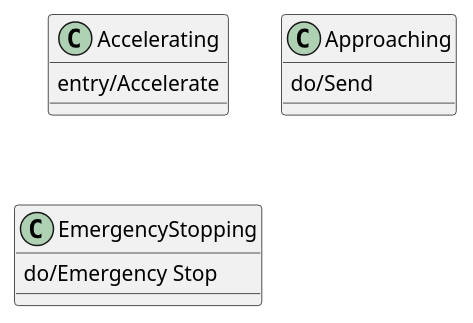
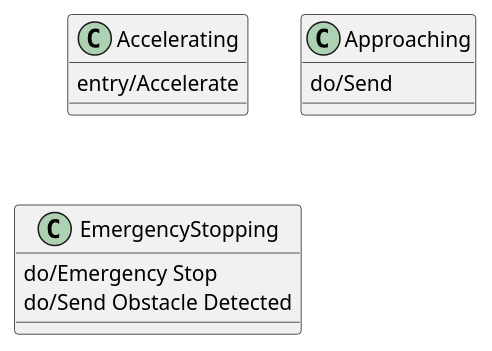
One commit to HansBug/research_ideas changed the fifth of 7 diagrams in project_1_llm_state_machine_modeling/paper_stm_repair/reports/2026-07-19-issue-161-plantuml-java-frontend.md. Above: the diagram before and after it, drawn with PlantUML. The commit also changed other lines of this file and 1 other file, not shown here.

````diff
--- a/project_1_llm_state_machine_modeling/paper_stm_repair/reports/2026-07-19-issue-161-plantuml-java-frontend.md
+++ b/project_1_llm_state_machine_modeling/paper_stm_repair/reports/2026-07-19-issue-161-plantuml-java-frontend.md
@@ -156,5 +273,6 @@
 ```plantuml
 Accelerating : entry/Accelerate
 Approaching : do/Send
 EmergencyStopping : do/Emergency Stop
+EmergencyStopping : do/Send Obstacle Detected
 ```
````
